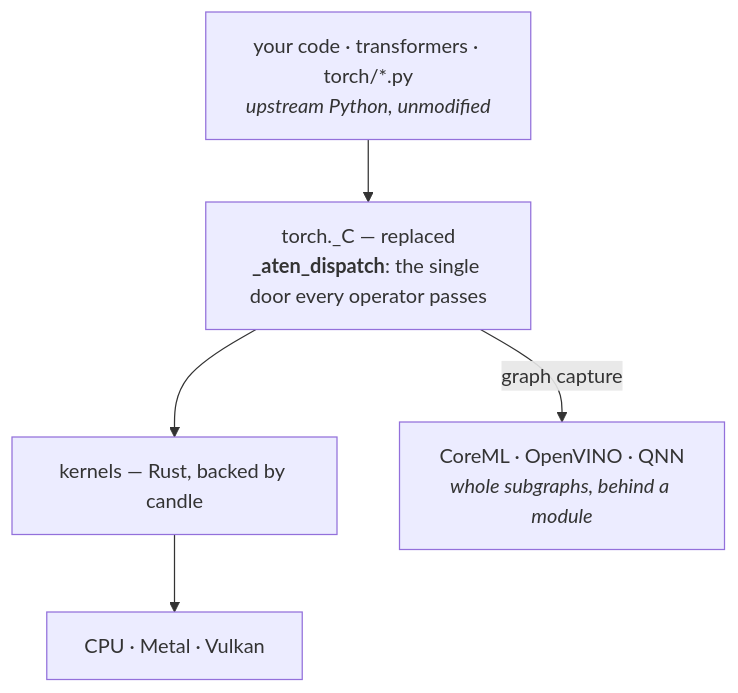
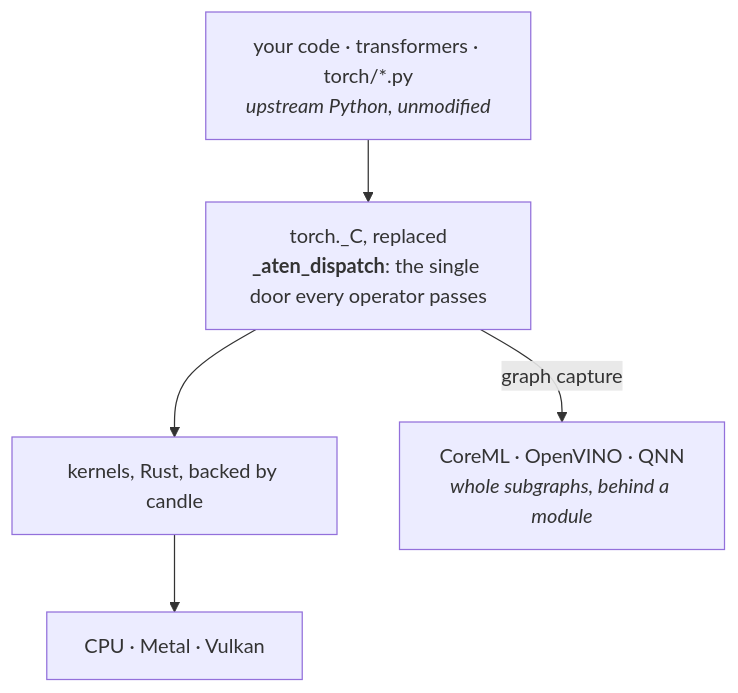
The diagram in README.md (thisisthepy/torchnative), drawn with Mermaid before and after one commit. The commit also changed other lines of this file and 250 other files, not shown here.

````diff
--- a/README.md
+++ b/README.md
@@ -136,10 +138,10 @@
 ```mermaid
 flowchart TB
     A["your code · transformers · torch/*.py<br/><i>upstream Python, unmodified</i>"]
-    B["torch._C — replaced<br/><b>_aten_dispatch</b>: the single door every operator passes"]
-    C["kernels — Rust, backed by candle"]
+    B["torch._C, replaced<br/><b>_aten_dispatch</b>: the single door every operator passes"]
+    C["kernels, Rust, backed by candle"]
     D["CPU · Metal · Vulkan"]
     E["CoreML · OpenVINO · QNN<br/><i>whole subgraphs, behind a module</i>"]
     A --> B --> C --> D
     B -- "graph capture" --> E
 ```
````
